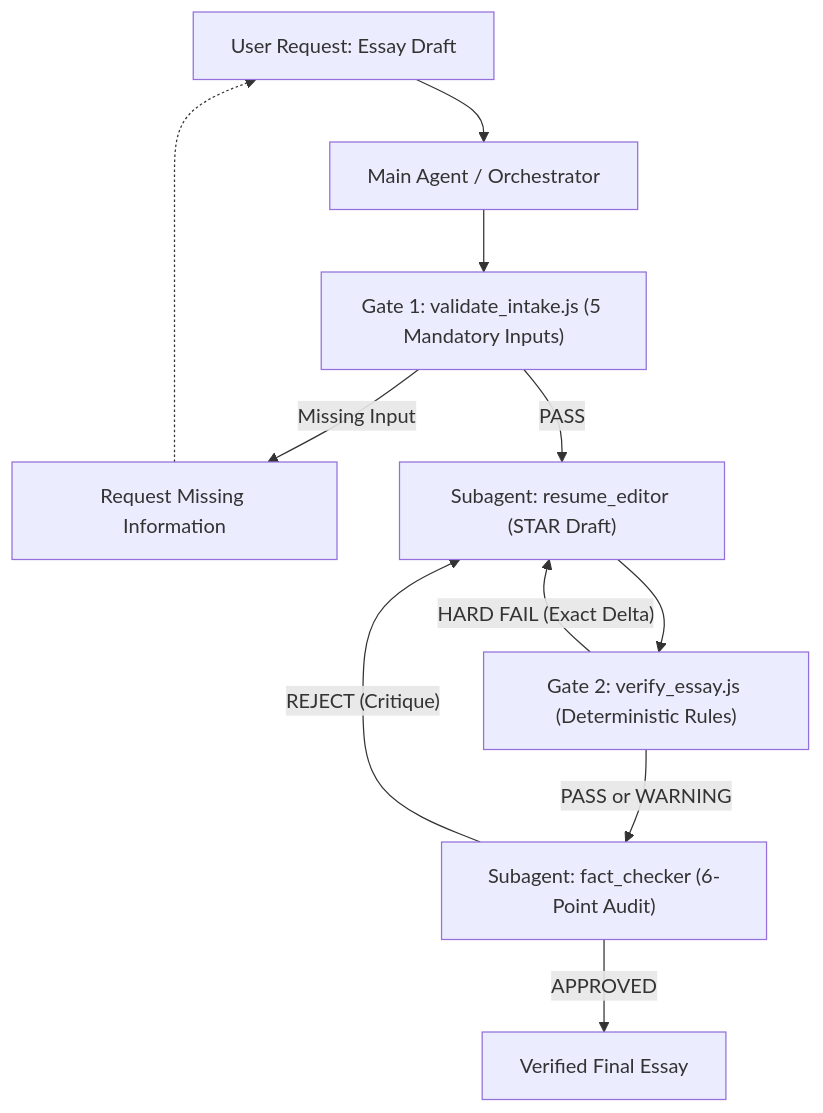
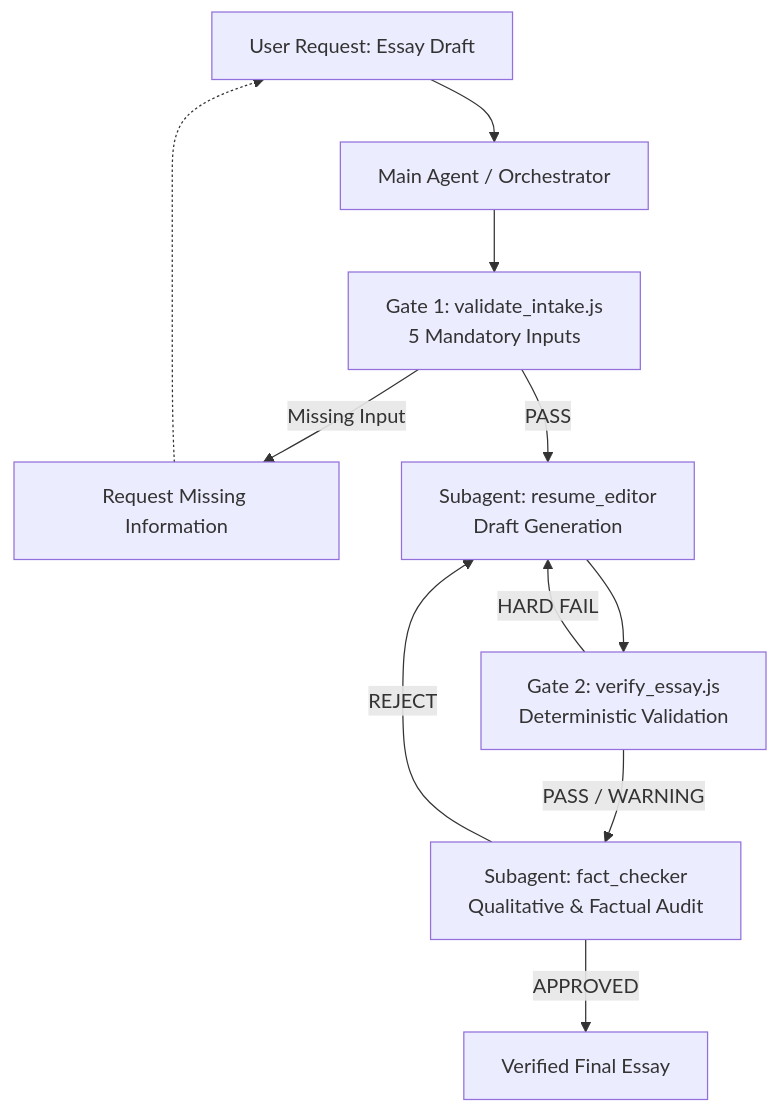
Before and after one commit to BR8KTIME/Resume-Helper-AgenticAI: the diagram in README.md, drawn with Mermaid. The commit also changed other lines of this file, not shown here.

````diff
--- a/README.md
+++ b/README.md
@@ -9,13 +13,17 @@
 ```mermaid
 flowchart TD
     Req["User Request: Essay Draft"] --> Orch["Main Agent / Orchestrator"]
-    Orch --> Gate1["Gate 1: validate_intake.js (5 Mandatory Inputs)"]
+    Orch --> Gate1["Gate 1: validate_intake.js<br/>5 Mandatory Inputs"]
+
     Gate1 -- "Missing Input" --> Prompt["Request Missing Information"]
     Prompt -.-> Req
-    Gate1 -- "PASS" --> Editor["Subagent: resume_editor (STAR Draft)"]
-    Editor --> Gate2["Gate 2: verify_essay.js (Deterministic Rules)"]
-    Gate2 -- "HARD FAIL (Exact Delta)" --> Editor
-    Gate2 -- "PASS or WARNING" --> Checker["Subagent: fact_checker (6-Point Audit)"]
-    Checker -- "REJECT (Critique)" --> Editor
+
+    Gate1 -- "PASS" --> Editor["Subagent: resume_editor<br/>Draft Generation"]
+    Editor --> Gate2["Gate 2: verify_essay.js<br/>Deterministic Validation"]
+
+    Gate2 -- "HARD FAIL" --> Editor
+    Gate2 -- "PASS / WARNING" --> Checker["Subagent: fact_checker<br/>Qualitative & Factual Audit"]
+
+    Checker -- "REJECT" --> Editor
     Checker -- "APPROVED" --> Done["Verified Final Essay"]
 ```
````
